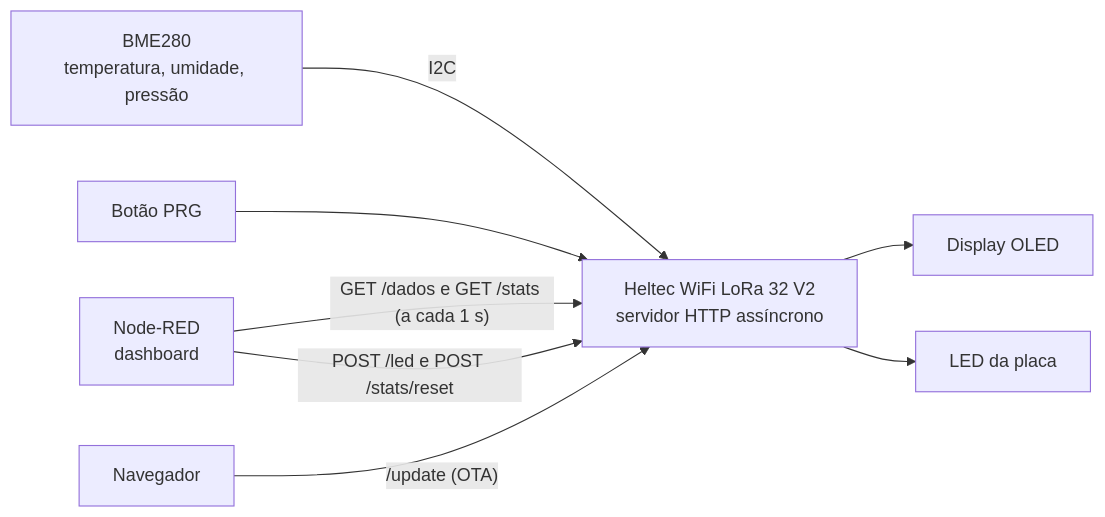
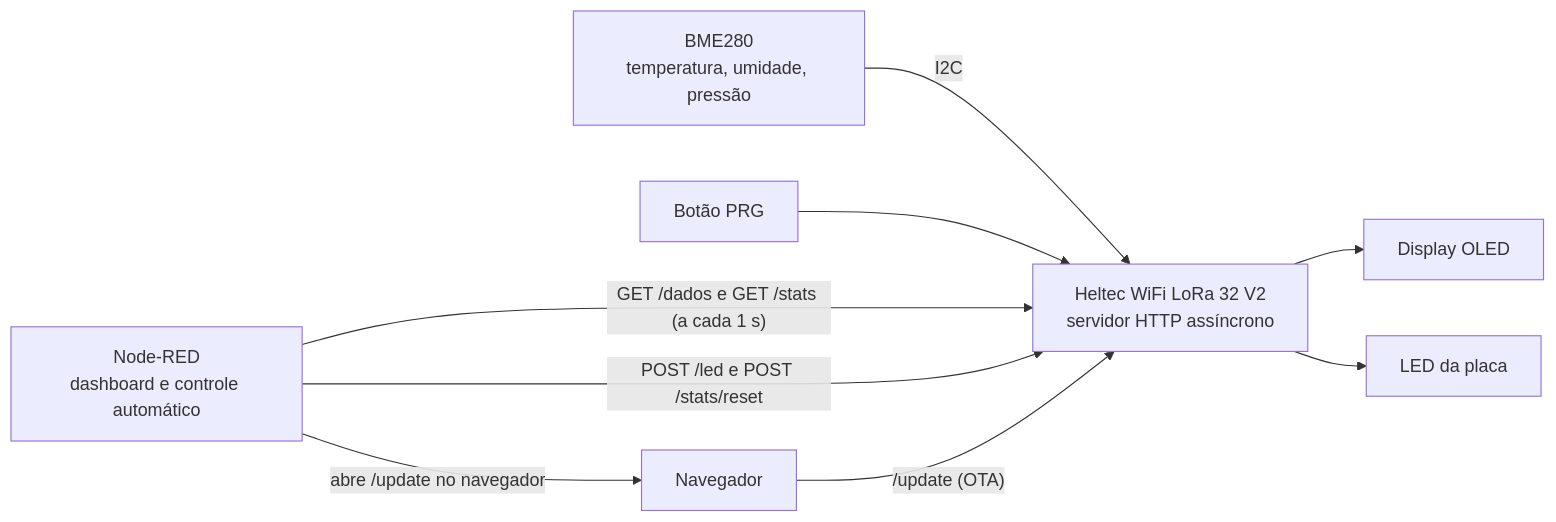
One commit to GuilhermeBertola1/T2_RIC changed the first of 2 diagrams in README.md. Above: the diagram before and after it, drawn with Mermaid. The commit also changed other lines of this file, not shown here.

````diff
--- a/README.md
+++ b/README.md
@@ -23,10 +23,11 @@
 ```mermaid
 flowchart LR
     BME[BME280<br/>temperatura, umidade, pressão] -- I2C --> ESP
     BTN[Botão PRG] --> ESP
     ESP[Heltec WiFi LoRa 32 V2<br/>servidor HTTP assíncrono] --> OLED[Display OLED]
     ESP --> LED[LED da placa]
-    NR[Node-RED<br/>dashboard] -- "GET /dados e GET /stats (a cada 1 s)" --> ESP
+    NR[Node-RED<br/>dashboard e controle automático] -- "GET /dados e GET /stats (a cada 1 s)" --> ESP
     NR -- "POST /led e POST /stats/reset" --> ESP
-    PC[Navegador] -- "/update (OTA)" --> ESP
+    NR -- "abre /update no navegador" --> PC[Navegador]
+    PC -- "/update (OTA)" --> ESP
 ```
````
